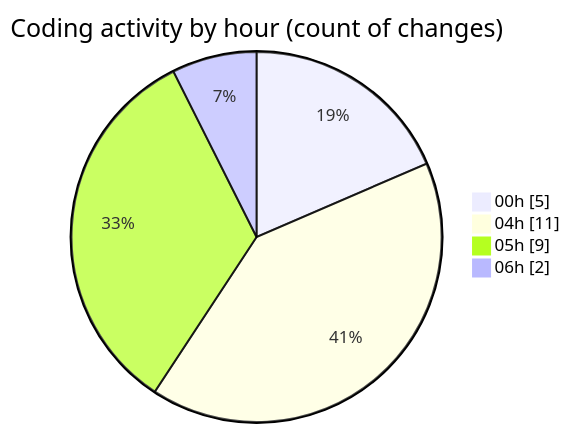
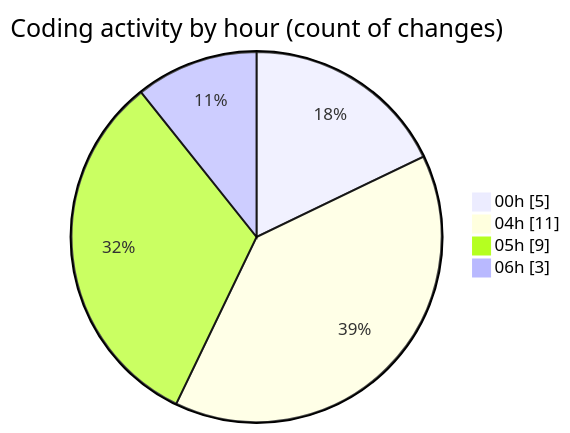
One commit to idhammustaqopulfikri/code-tracking changed the second of 2 diagrams in 2025-03-28/autodidak/README.md. Above: the diagram before and after it, drawn with Mermaid. The commit also changed other lines of this file and 1 other file, not shown here.

````diff
--- a/2025-03-28/autodidak/README.md
+++ b/2025-03-28/autodidak/README.md
@@ -35,8 +36,8 @@
 ```mermaid
 pie showData
 title Coding activity by hour (count of changes)
 "00h" : 5
 "04h" : 11
 "05h" : 9
-"06h" : 2
+"06h" : 3
 ```
````
